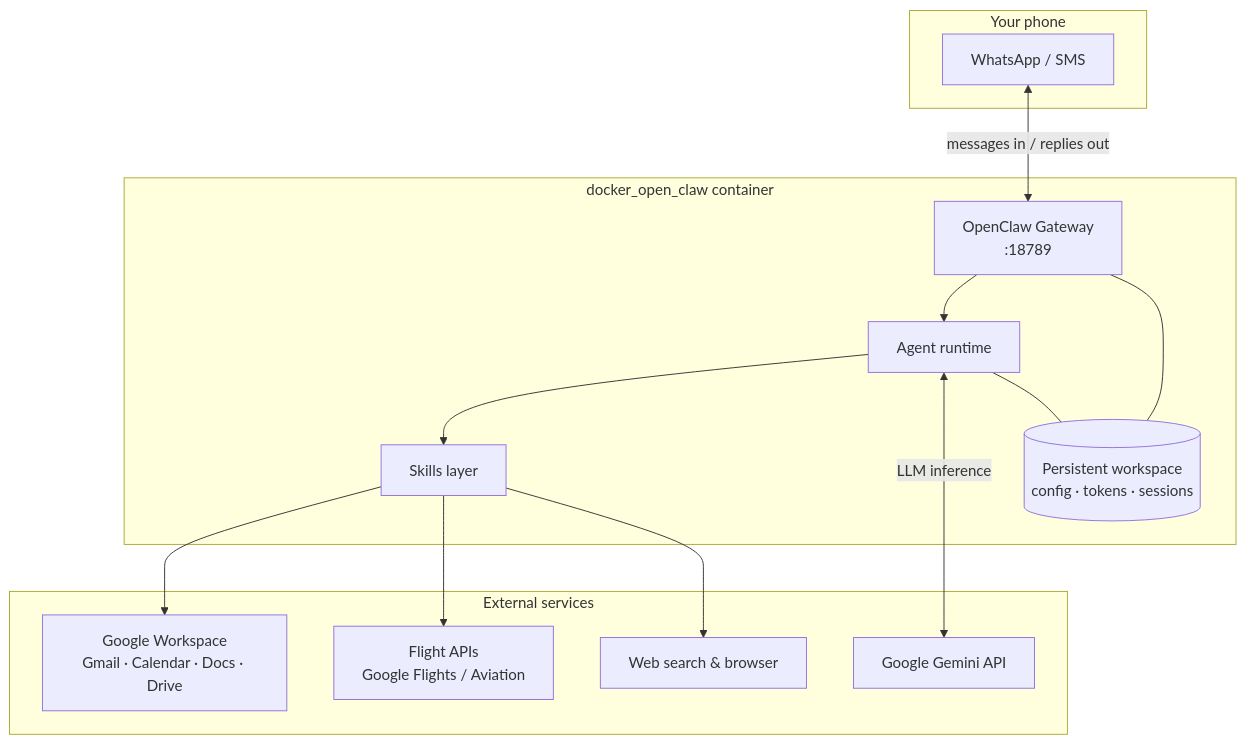
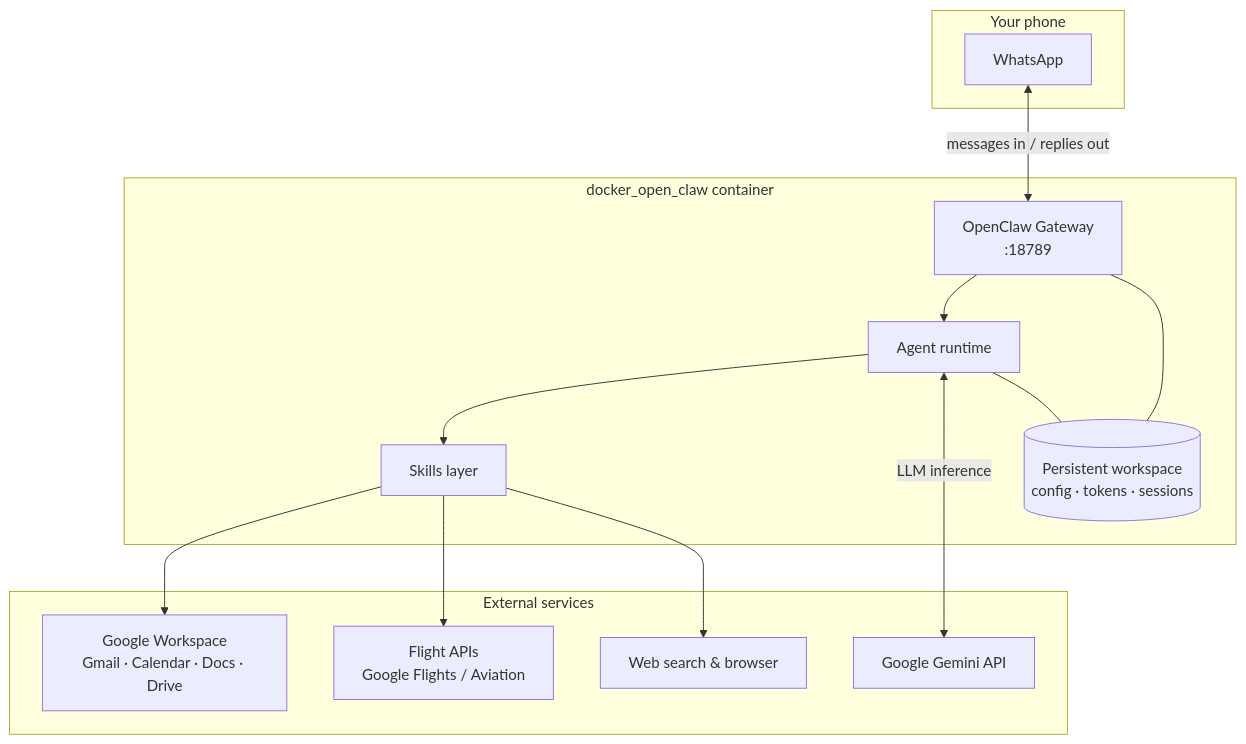
The first of 8 diagrams in README.md (shotah/ai-gantry-scripts), drawn with Mermaid before and after one commit. The commit also changed other lines of this file and 4 other files, not shown here.

````diff
--- a/README.md
+++ b/README.md
@@ -26,30 +26,30 @@
 ```mermaid
 flowchart TB
     subgraph User["Your phone"]
-        WA[WhatsApp / SMS]
+        WA[WhatsApp]
     end
 
     subgraph Docker["docker_open_claw container"]
         GW[OpenClaw Gateway<br/>:18789]
         AG[Agent runtime]
         SK[Skills layer]
         WS[(Persistent workspace<br/>config · tokens · sessions)]
     end
 
     subgraph External["External services"]
         GEM[Google Gemini API]
         GWS[Google Workspace<br/>Gmail · Calendar · Docs · Drive]
         FLT[Flight APIs<br/>Google Flights / Aviation]
         WEB[Web search & browser]
     end
 
     WA <-->|"messages in / replies out"| GW
     GW --> AG
     AG --> SK
     AG <-->|"LLM inference"| GEM
     SK --> GWS
     SK --> FLT
     SK --> WEB
     GW --- WS
     AG --- WS
 ```
````
